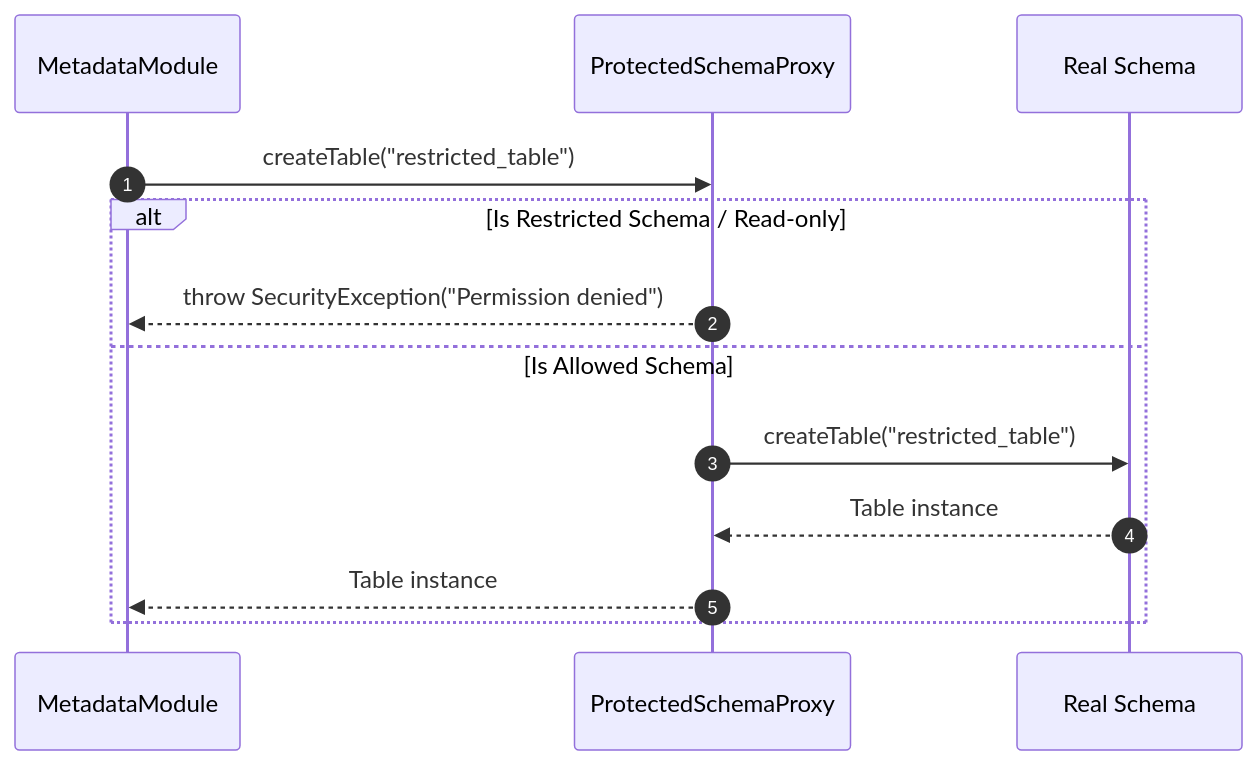
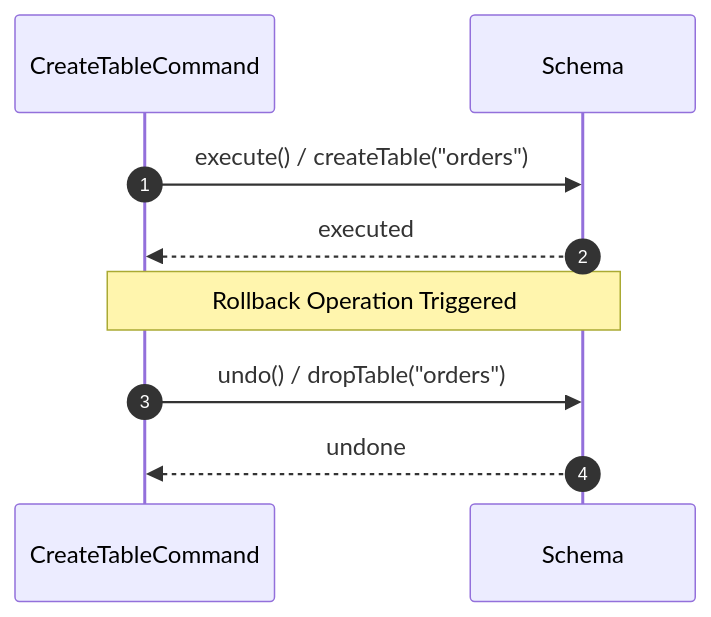
The sixth of 15 diagrams in docs/design_patterns/metadata/Sequece.md (Dikhang1112/Database_Management_BBV), drawn with Mermaid before and after one commit. The commit also changed other lines of this file and 2 other files, not shown here.

Commit message:
Refactor class diagram follow desgin pattern and document

````diff
--- a/docs/design_patterns/metadata/Sequece.md
+++ b/docs/design_patterns/metadata/Sequece.md
@@ -215,16 +144,13 @@
 ```mermaid
 sequenceDiagram
     autonumber
-    participant Module as MetadataModule
-    participant Proxy as ProtectedSchemaProxy
-    participant Schema as Real Schema
+    participant Cmd as CreateTableCommand
+    participant Schema as Schema
 
-    Module->>Proxy: createTable("restricted_table")
-    alt Is Restricted Schema / Read-only
-        Proxy-->>Module: throw SecurityException("Permission denied")
-    else Is Allowed Schema
-        Proxy->>Schema: createTable("restricted_table")
-        Schema-->>Proxy: Table instance
-        Proxy-->>Module: Table instance
-    end
+    Cmd->>Schema: execute() / createTable("orders")
+    Schema-->>Cmd: executed
+
+    note over Cmd, Schema: Rollback Operation Triggered
+    Cmd->>Schema: undo() / dropTable("orders")
+    Schema-->>Cmd: undone
 ```
````
